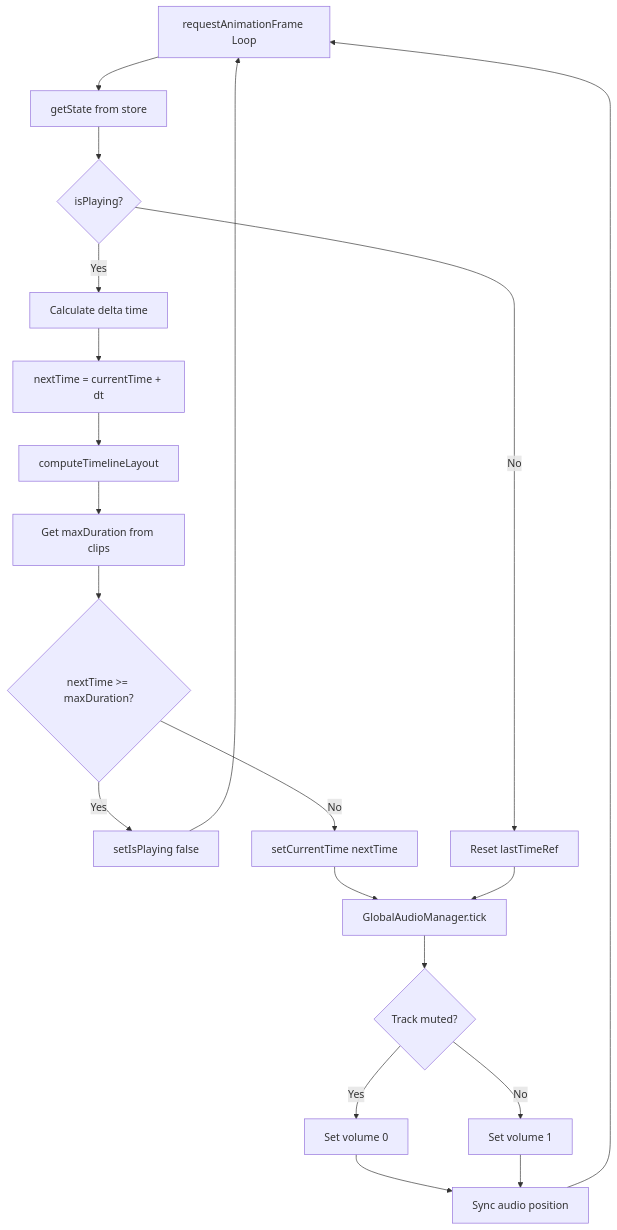
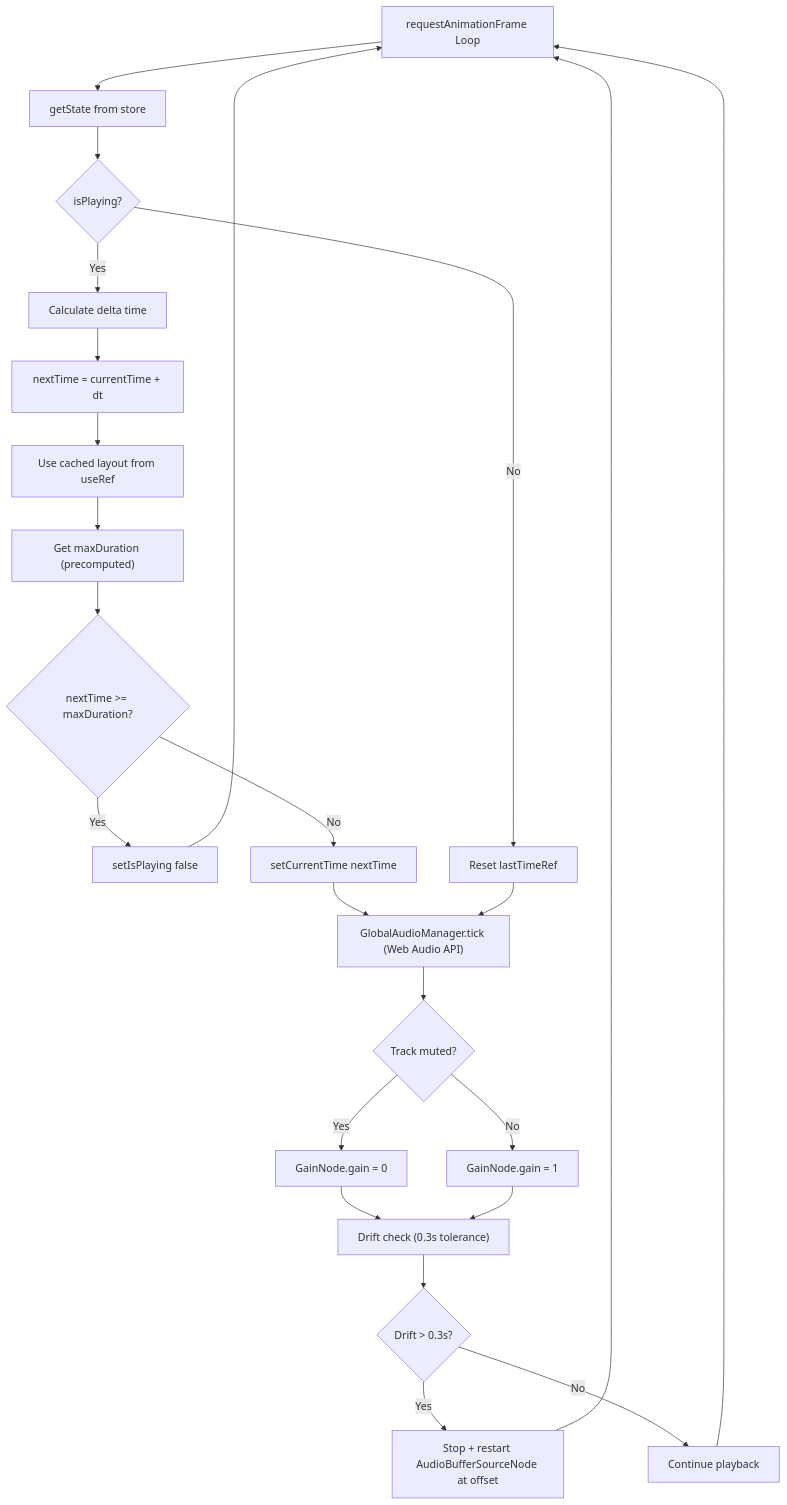
One commit to mainza-ai/milimovideo changed the ninth of 9 diagrams in docs/05_execution_flow.md. Above: the diagram before and after it, drawn with Mermaid. The commit also changed other lines of this file and 31 other files, not shown here.

````diff
--- a/docs/05_execution_flow.md
+++ b/docs/05_execution_flow.md
@@ -378,25 +398,29 @@
 ```mermaid
 flowchart TD
     RAF[requestAnimationFrame Loop] --> GET[getState from store]
     GET --> PLAYING{isPlaying?}
     
     PLAYING -->|Yes| DT[Calculate delta time]
-    DT --> ADVANCE[nextTime = currentTime + dt]
-    ADVANCE --> LAYOUT[computeTimelineLayout]
-    LAYOUT --> MAXDUR[Get maxDuration from clips]
-    MAXDUR --> END_CHECK{nextTime >= maxDuration?}
+    DT --> ADVANCE["nextTime = currentTime + dt"]
+    ADVANCE --> CACHED["Use cached layout from useRef"]
+    CACHED --> MAXDUR["Get maxDuration (precomputed)"]
+    MAXDUR --> END_CHECK{"nextTime >= maxDuration?"}
     END_CHECK -->|Yes| STOP[setIsPlaying false]
     END_CHECK -->|No| UPDATE[setCurrentTime nextTime]
     
     PLAYING -->|No| RESET[Reset lastTimeRef]
 
-    UPDATE --> AUDIO[GlobalAudioManager.tick]
+    UPDATE --> AUDIO["GlobalAudioManager.tick (Web Audio API)"]
     RESET --> AUDIO
     AUDIO --> MUTE{Track muted?}
-    MUTE -->|Yes| VOL0[Set volume 0]
-    MUTE -->|No| VOL1[Set volume 1]
-    VOL0 --> SYNC[Sync audio position]
+    MUTE -->|Yes| VOL0["GainNode.gain = 0"]
+    MUTE -->|No| VOL1["GainNode.gain = 1"]
+    VOL0 --> SYNC["Drift check (0.3s tolerance)"]
     VOL1 --> SYNC
-    SYNC --> RAF
+    SYNC --> RESYNC{"Drift > 0.3s?"}
+    RESYNC -->|Yes| RESTART["Stop + restart AudioBufferSourceNode at offset"]
+    RESYNC -->|No| NOP[Continue playback]
+    RESTART --> RAF
+    NOP --> RAF
     STOP --> RAF
 ```
````
